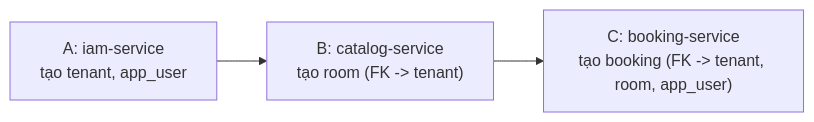
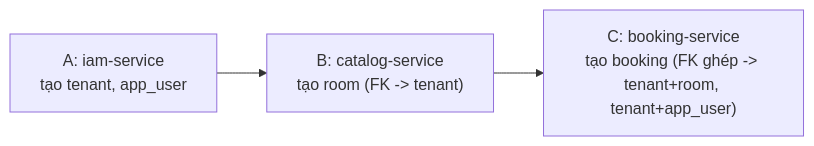
Before and after one commit to oabga/HotelBookingSystem: the second of 2 diagrams in docs/erd-v2.md, drawn with Mermaid. The commit also changed other lines of this file and 5 other files, not shown here.

````diff
--- a/docs/erd-v2.md
+++ b/docs/erd-v2.md
@@ -56,5 +84,5 @@
 ```mermaid
 flowchart LR
     A["A: iam-service<br/>tạo tenant, app_user"] --> B["B: catalog-service<br/>tạo room (FK -> tenant)"]
-    B --> C["C: booking-service<br/>tạo booking (FK -> tenant, room, app_user)"]
+    B --> C["C: booking-service<br/>tạo booking (FK ghép -> tenant+room, tenant+app_user)"]
 ```
````
